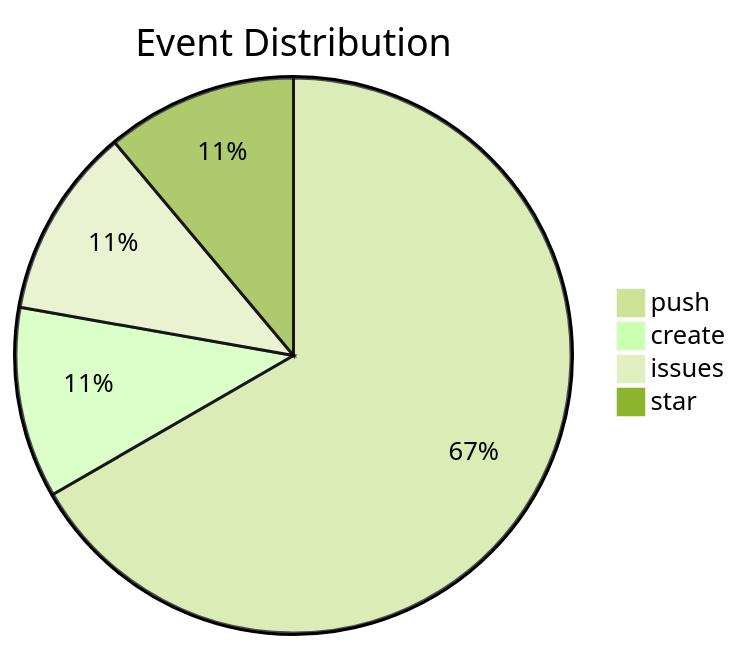
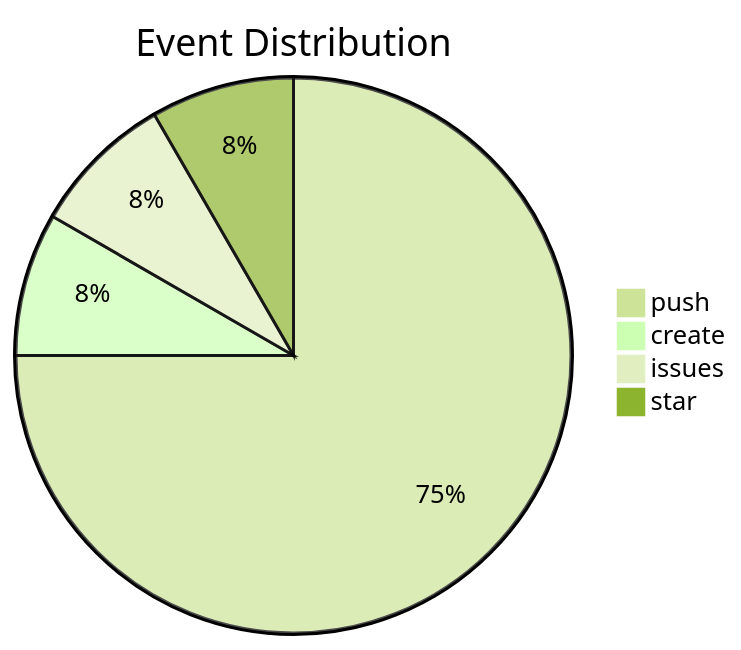
Before and after one commit to lunarshe11/lunarshe11: the second of 3 diagrams in README.md, drawn with Mermaid (forest theme). The commit also changed other lines of this file, not shown here.

````diff
--- a/README.md
+++ b/README.md
@@ -30,7 +26,7 @@
 ```mermaid
 pie title Event Distribution
-    "push" : 6
+    "push" : 9
     "create" : 1
     "issues" : 1
     "star" : 1
 ```
````
